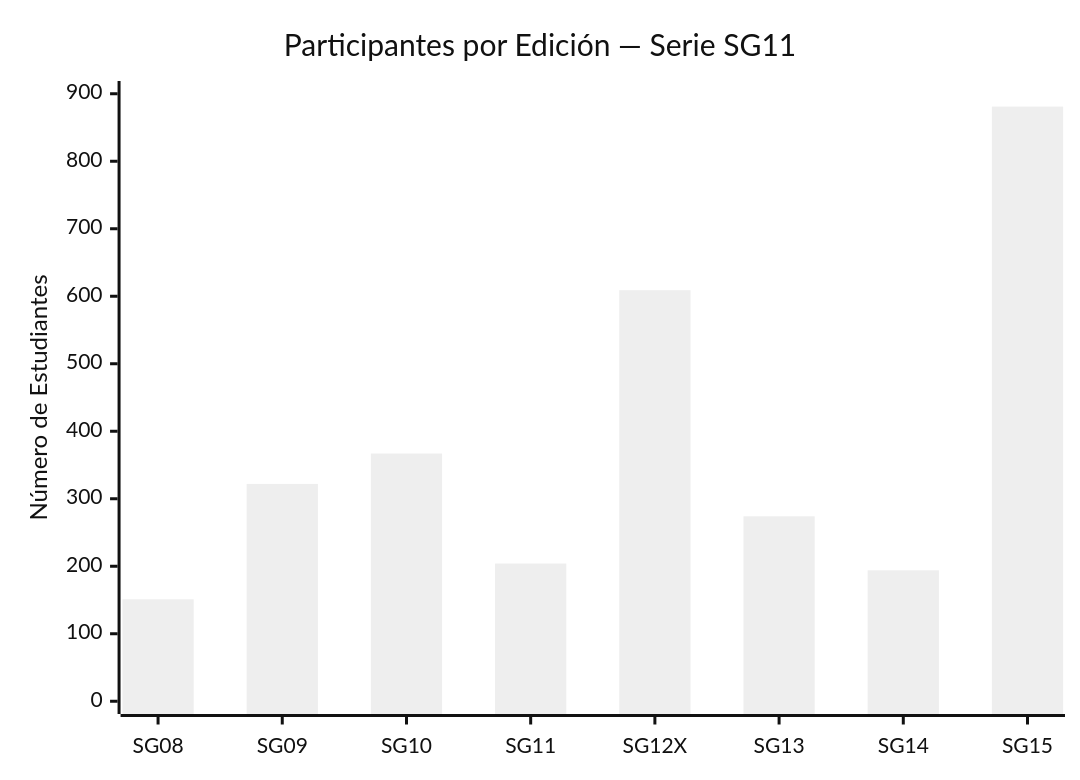
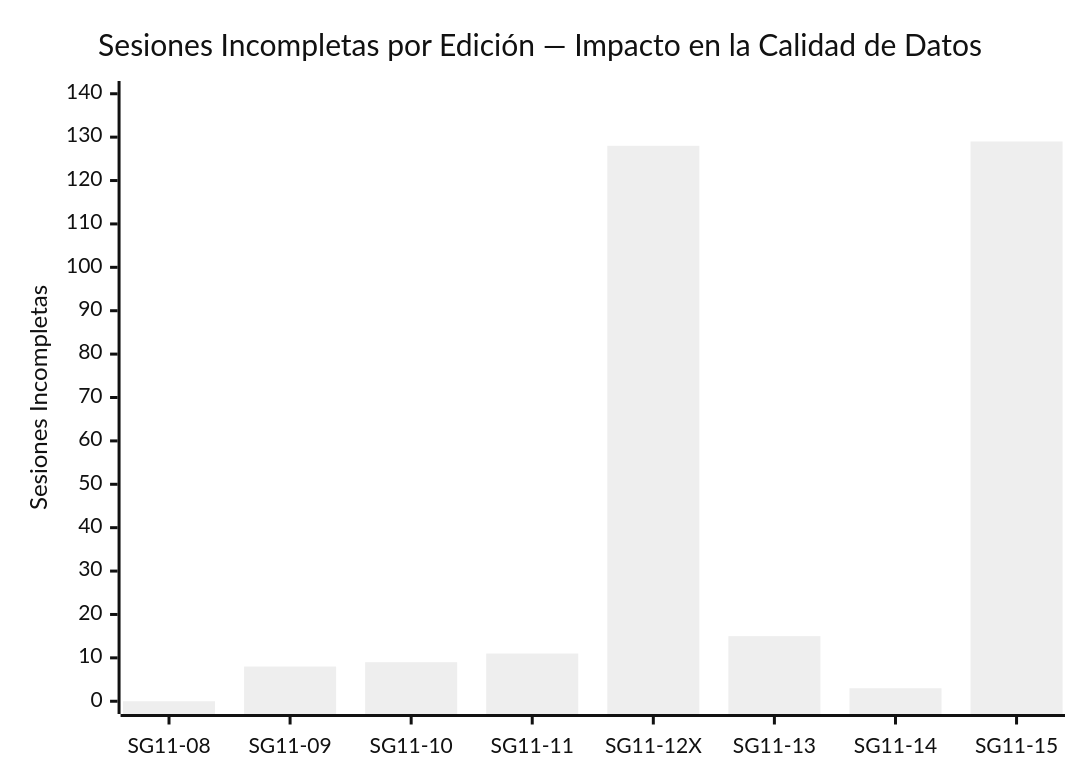
The third of 5 diagrams in reporte_detallado_sg11_13.md (daniel-alt-pages/propuestas), drawn with Mermaid (neutral theme) before and after one commit. The commit also changed other lines of this file, not shown here.

````diff
--- a/reporte_detallado_sg11_13.md
+++ b/reporte_detallado_sg11_13.md
@@ -227,7 +104,7 @@
 ```mermaid
 xychart-beta
-    title "Participantes por Edición — Serie SG11"
-    x-axis ["SG08", "SG09", "SG10", "SG11", "SG12X", "SG13", "SG14", "SG15"]
-    y-axis "Número de Estudiantes" 0 --> 900
-    bar [151, 322, 367, 204, 609, 274, 194, 881]
+    title "Sesiones Incompletas por Edición — Impacto en la Calidad de Datos"
+    x-axis ["SG11-08", "SG11-09", "SG11-10", "SG11-11", "SG11-12X", "SG11-13", "SG11-14", "SG11-15"]
+    y-axis "Sesiones Incompletas" 0 --> 140
+    bar [0, 8, 9, 11, 128, 15, 3, 129]
 ```
````
